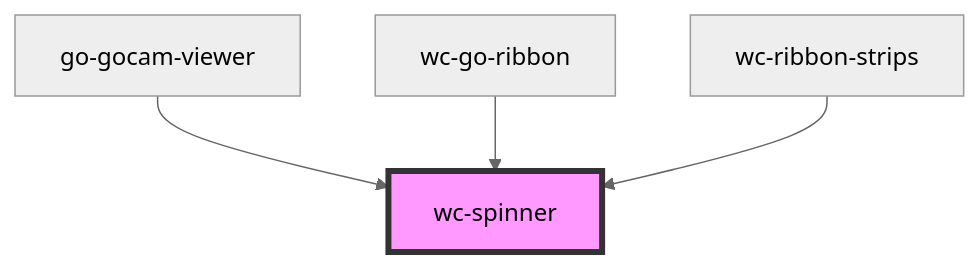
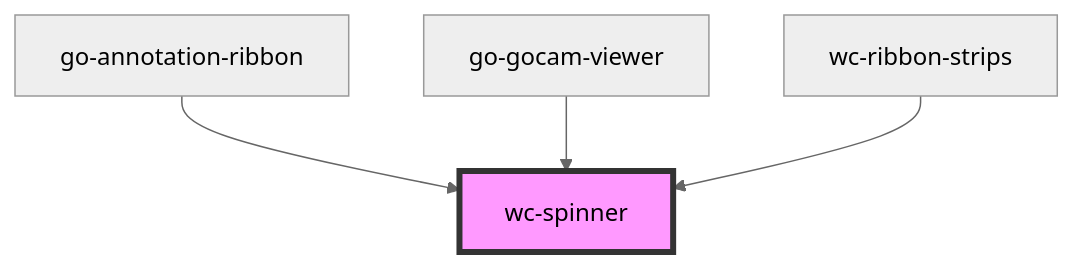
One commit to geneontology/web-components changed the diagram in src/components/go-spinner/readme.md. Above: the diagram before and after it, drawn with Mermaid (neutral theme). The commit also changed other lines of this file and 10 other files, not shown here.

Commit message:
Rename wc-go-ribbon to go-annotation-ribbon

````diff
--- a/src/components/go-spinner/readme.md
+++ b/src/components/go-spinner/readme.md
@@ -30,7 +30,7 @@
 ```mermaid
 graph TD;
+  go-annotation-ribbon --> wc-spinner
   go-gocam-viewer --> wc-spinner
-  wc-go-ribbon --> wc-spinner
   wc-ribbon-strips --> wc-spinner
   style wc-spinner fill:#f9f,stroke:#333,stroke-width:4px
 ```
````
